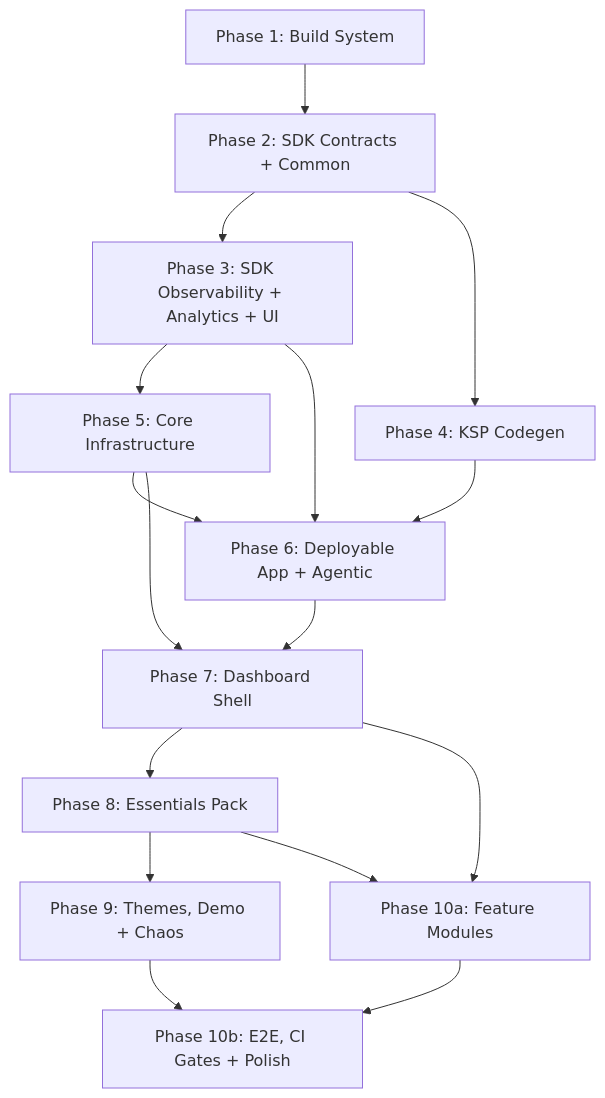
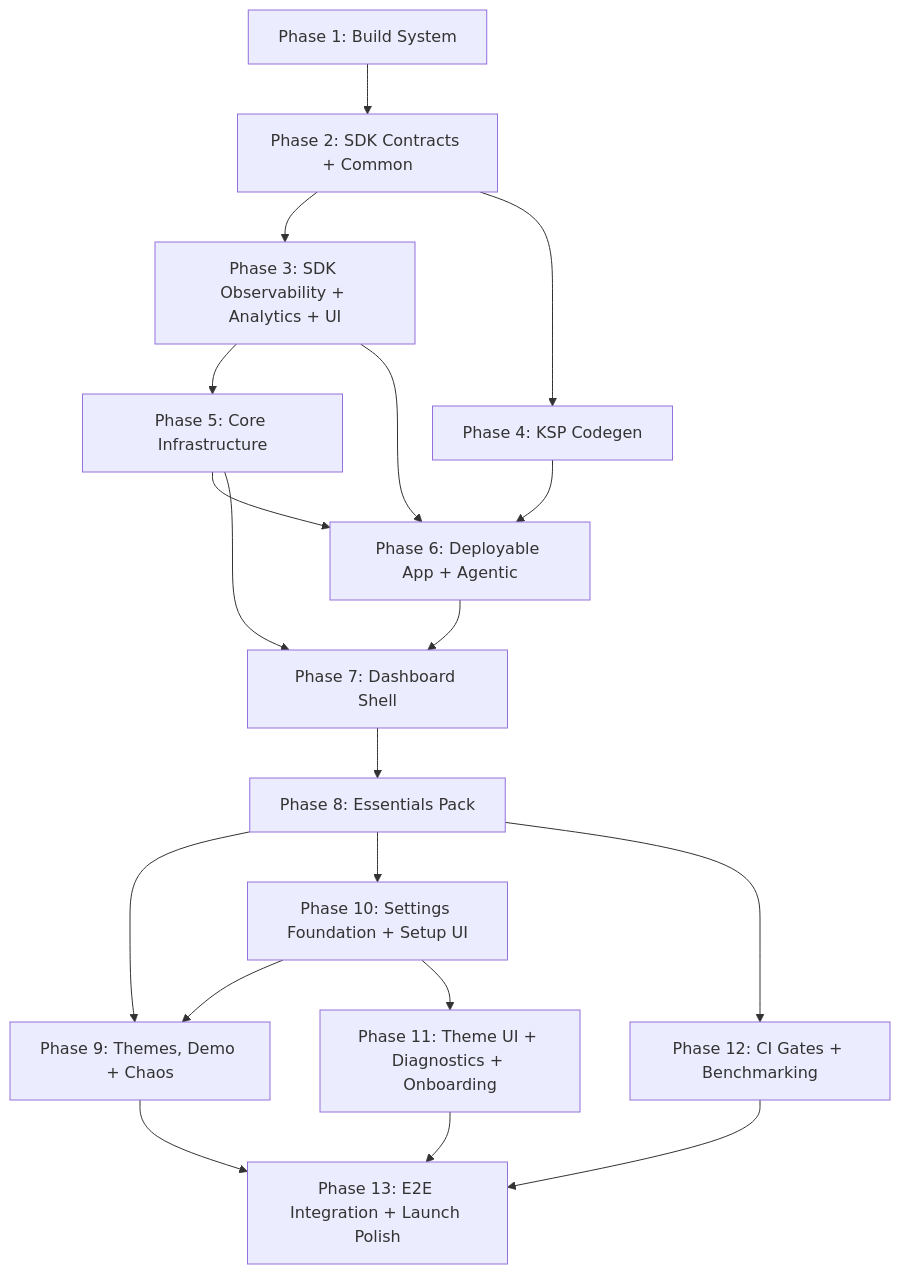
One commit to ohmgh/dqxn changed the diagram in .planning/MIGRATION.md. Above: the diagram before and after it, drawn with Mermaid. The commit also changed other lines of this file and 1 other file, not shown here.

````diff
--- a/.planning/MIGRATION.md
+++ b/.planning/MIGRATION.md
@@ -40,18 +40,21 @@
 ```mermaid
 graph TD
     P1[Phase 1: Build System] --> P2[Phase 2: SDK Contracts + Common]
     P2 --> P3[Phase 3: SDK Observability + Analytics + UI]
     P2 --> P4[Phase 4: KSP Codegen]
     P3 --> P5[Phase 5: Core Infrastructure]
     P3 --> P6[Phase 6: Deployable App + Agentic]
     P4 --> P6
     P5 --> P6
     P5 --> P7[Phase 7: Dashboard Shell]
     P6 --> P7
     P7 --> P8[Phase 8: Essentials Pack]
     P8 --> P9[Phase 9: Themes, Demo + Chaos]
-    P7 --> P10a[Phase 10a: Feature Modules]
-    P8 --> P10a
-    P9 --> P10b[Phase 10b: E2E, CI Gates + Polish]
-    P10a --> P10b
+    P8 --> P10[Phase 10: Settings Foundation + Setup UI]
+    P8 --> P12[Phase 12: CI Gates + Benchmarking]
+    P10 --> P9
+    P10 --> P11[Phase 11: Theme UI + Diagnostics + Onboarding]
+    P9 --> P13[Phase 13: E2E Integration + Launch Polish]
+    P11 --> P13
+    P12 --> P13
 ```
````
